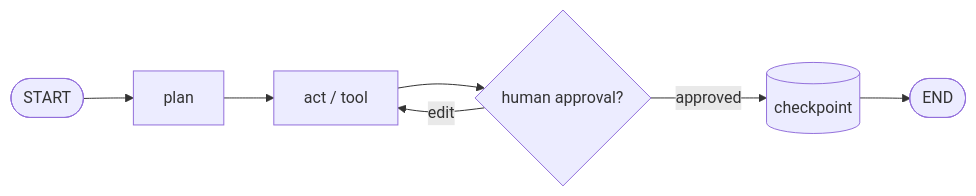
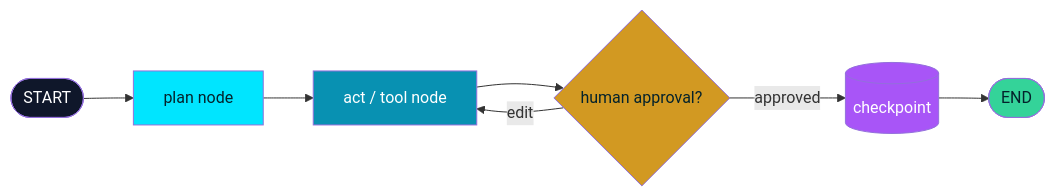
Before and after one commit to 0xAbhi13/0xAgents: the diagram in README.md, drawn with Mermaid. The commit also changed other lines of this file, not shown here.

````diff
--- a/README.md
+++ b/README.md
@@ -58,9 +145,16 @@
 ```mermaid
 flowchart LR
-    S([START]) --> PLAN[plan]
-    PLAN --> ACT[act / tool]
+    S([START]) --> PLAN[plan node]
+    PLAN --> ACT[act / tool node]
     ACT --> CHECK{human approval?}
     CHECK -- approved --> SAVE[(checkpoint)]
     CHECK -- edit --> ACT
     SAVE --> DONE([END])
+
+    style S fill:#0f172a,color:#fff
+    style PLAN fill:#00e5ff,color:#04222b
+    style ACT fill:#0891b2,color:#fff
+    style CHECK fill:#d29922,color:#04222b
+    style SAVE fill:#a855f7,color:#fff
+    style DONE fill:#34d399,color:#04222b
 ```
````
